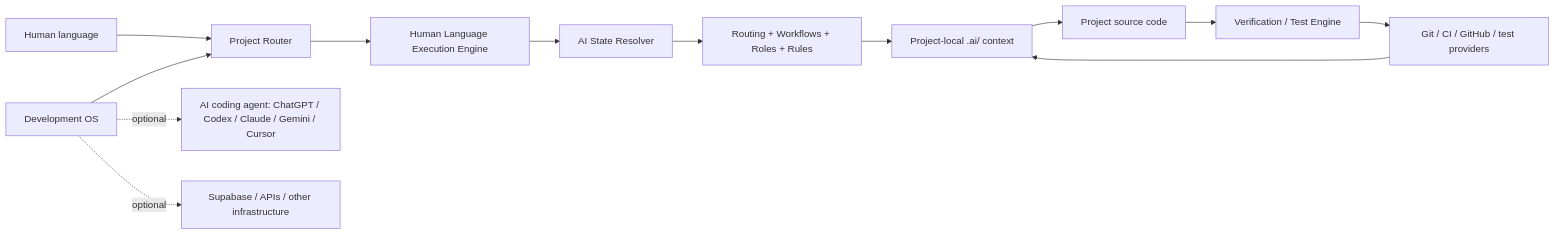
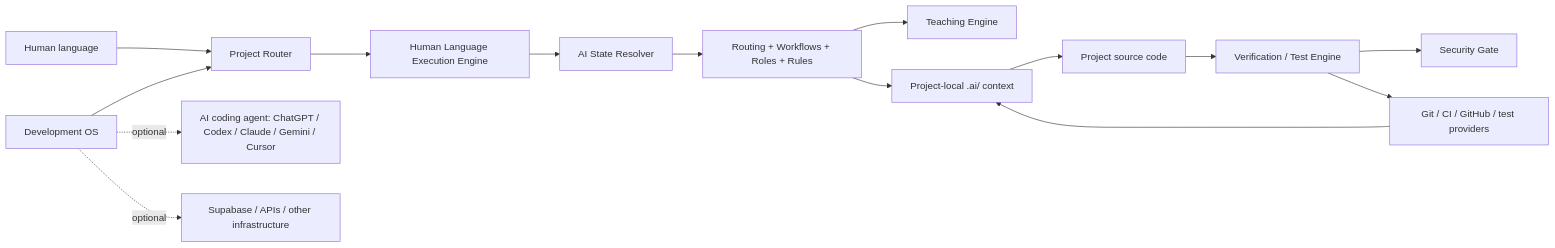
One commit to zzpsah/chatgpt-development-os changed the second of 3 diagrams in docs/ARCHITECTURE.md. Above: the diagram before and after it, drawn with Mermaid. The commit also changed other lines of this file, not shown here.

Commit message:
docs: integrate Teaching Engine into architecture

````diff
--- a/docs/ARCHITECTURE.md
+++ b/docs/ARCHITECTURE.md
@@ -40,15 +43,17 @@
 ```mermaid
 flowchart LR
     H[Human language] --> R[Project Router]
     R --> E[Human Language Execution Engine]
     E --> SR[AI State Resolver]
     SR --> W[Routing + Workflows + Roles + Rules]
+    W --> TE[Teaching Engine]
     W --> PM[Project-local .ai/ context]
     PM --> SRC[Project source code]
     SRC --> V[Verification / Test Engine]
+    V --> SG[Security Gate]
     V --> GH[Git / CI / GitHub / test providers]
     GH --> PM
     OS[Development OS] --> R
     OS -. optional .-> AI[AI coding agent: ChatGPT / Codex / Claude / Gemini / Cursor]
     OS -. optional .-> DB[Supabase / APIs / other infrastructure]
 ```
````
